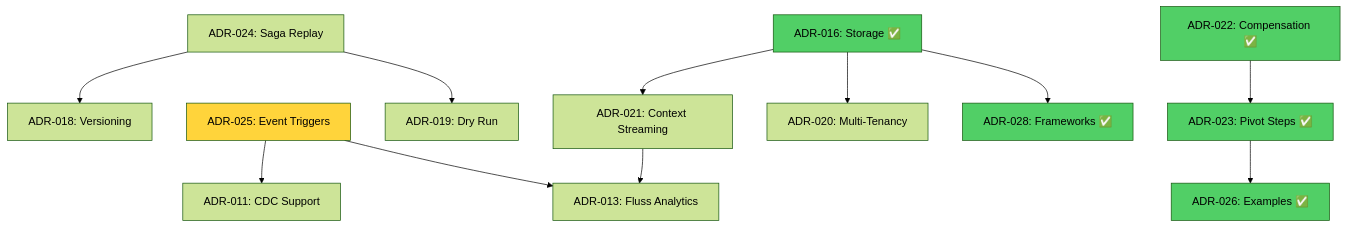
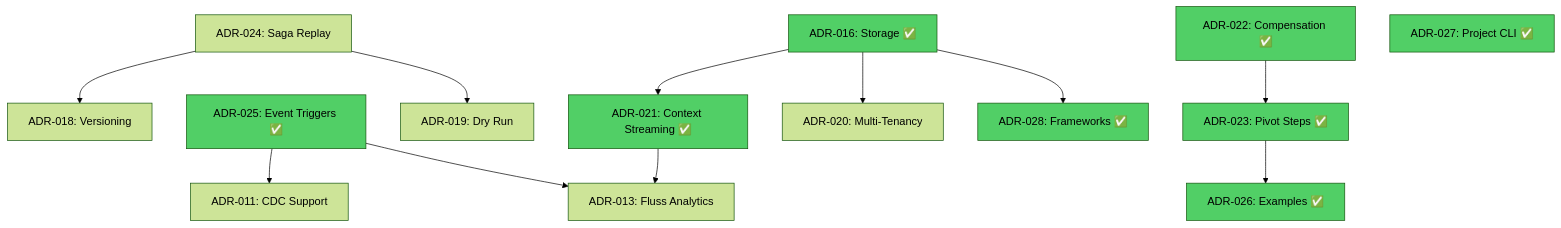
One commit to brunolnetto/sagaz changed the second of 2 diagrams in docs/architecture/adr-roadmap-dependencies.md. Above: the diagram before and after it, drawn with Mermaid (forest theme). The commit also changed other lines of this file and 18 other files, not shown here.

Commit message:
feat(): Context streaming and project cli options

````diff
--- a/docs/architecture/adr-roadmap-dependencies.md
+++ b/docs/architecture/adr-roadmap-dependencies.md
@@ -55,33 +55,42 @@
 ```mermaid
 graph TD
     %% Streaming dependencies (ADR-021 requires ADR-016)
-    ADR016[ADR-016: Storage ✅] --> ADR021[ADR-021: Context Streaming]
+    ADR016[ADR-016: Storage ✅] --> ADR021[ADR-021: Context Streaming ✅]
     
     %% Event triggers (independent, but enhances CDC)
-    ADR025[ADR-025: Event Triggers] --> ADR011[ADR-011: CDC Support]
+    ADR025[ADR-025: Event Triggers ✅] --> ADR011[ADR-011: CDC Support]
     
     %% Replay chain
     ADR024[ADR-024: Saga Replay] --> ADR018[ADR-018: Versioning]
     ADR024 --> ADR019[ADR-019: Dry Run]
     
     %% Multi-tenancy requires storage
     ADR016 --> ADR020[ADR-020: Multi-Tenancy]
     
     %% Advanced analytics requires streaming + triggers
     ADR021 --> ADR013[ADR-013: Fluss Analytics]
     ADR025 --> ADR013
     
     %% Framework integration requires storage
     ADR016 --> ADR028[ADR-028: Frameworks ✅]
     
     %% Pivot chain (independent of streaming!)
     ADR022[ADR-022: Compensation ✅] --> ADR023[ADR-023: Pivot Steps ✅]
     ADR023 --> ADR026[ADR-026: Examples ✅]
     
     style ADR016 fill:#51cf66
     style ADR022 fill:#51cf66
     style ADR023 fill:#51cf66
+    style ADR023 fill:#51cf66
     style ADR026 fill:#51cf66
     style ADR028 fill:#51cf66
-    style ADR025 fill:#ffd43b
+    style ADR023 fill:#51cf66
+    style ADR026 fill:#51cf66
+    style ADR028 fill:#51cf66
+    style ADR025 fill:#51cf66
+    style ADR027 fill:#51cf66
+    style ADR021 fill:#51cf66
+
+    %% Independent
+    ADR027[ADR-027: Project CLI ✅]
 ```
````
